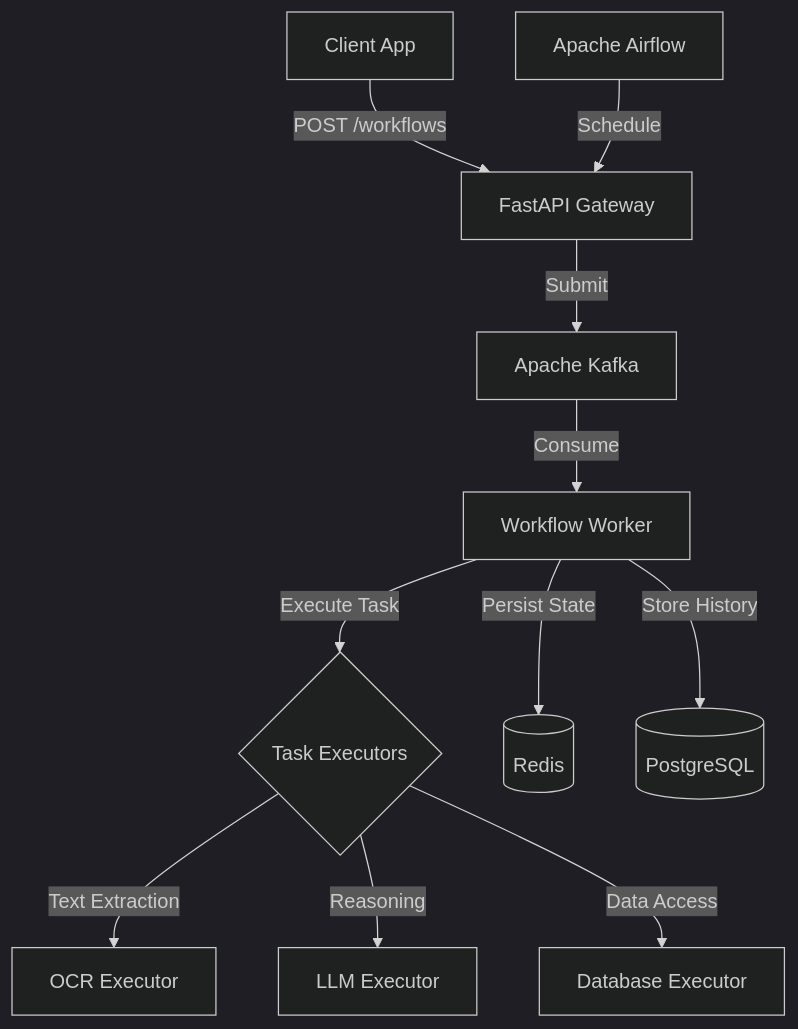
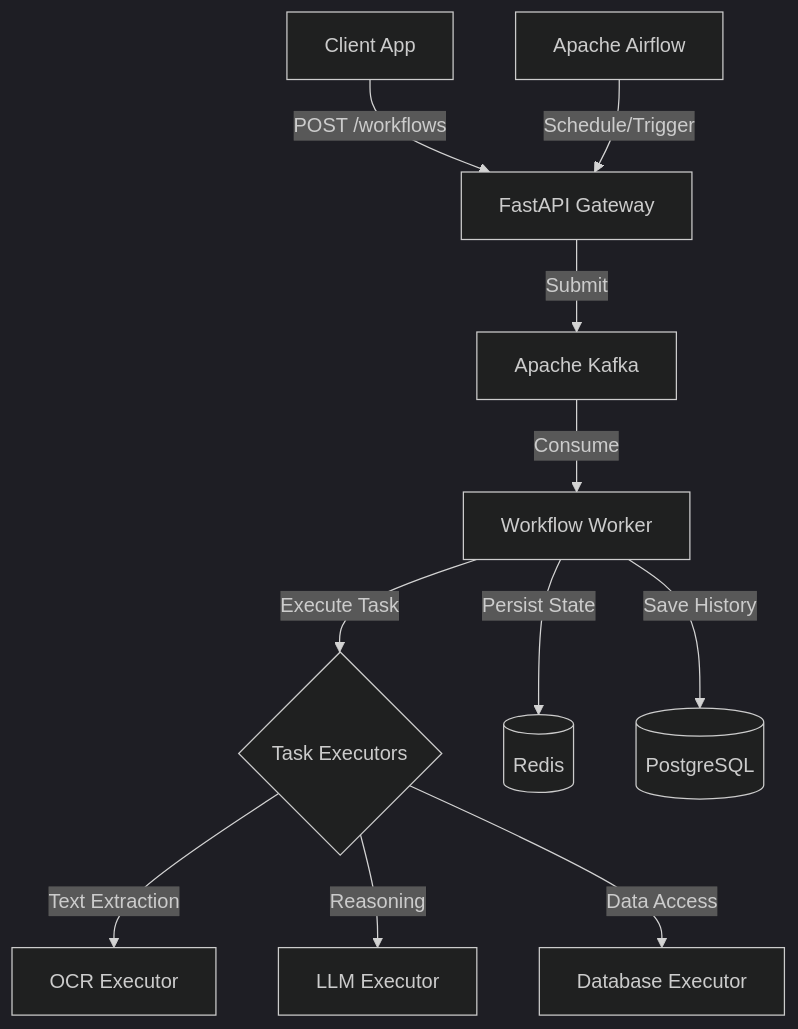
Before and after one commit to bobatea02-tech/AI-agent-framework: the diagram in README.md, drawn with Mermaid (dark theme). The commit also changed other lines of this file and 46 other files, not shown here.

````diff
--- a/README.md
+++ b/README.md
@@ -24,16 +28,16 @@
 ```mermaid
 graph TD
     Client[Client App] -->|POST /workflows| API[FastAPI Gateway]
     API -->|Submit| Kafka[Apache Kafka]
     Kafka -->|Consume| Worker[Workflow Worker]
     Worker -->|Execute Task| Executor{Task Executors}
     
     Executor -->|Text Extraction| OCR[OCR Executor]
     Executor -->|Reasoning| LLM[LLM Executor]
     Executor -->|Data Access| DB[Database Executor]
     
     Worker -->|Persist State| Redis[(Redis)]
-    Worker -->|Store History| Postgres[(PostgreSQL)]
+    Worker -->|Save History| Postgres[(PostgreSQL)]
     
-    Airflow[Apache Airflow] -->|Schedule| API
+    Airflow[Apache Airflow] -->|Schedule/Trigger| API
 ```
````
